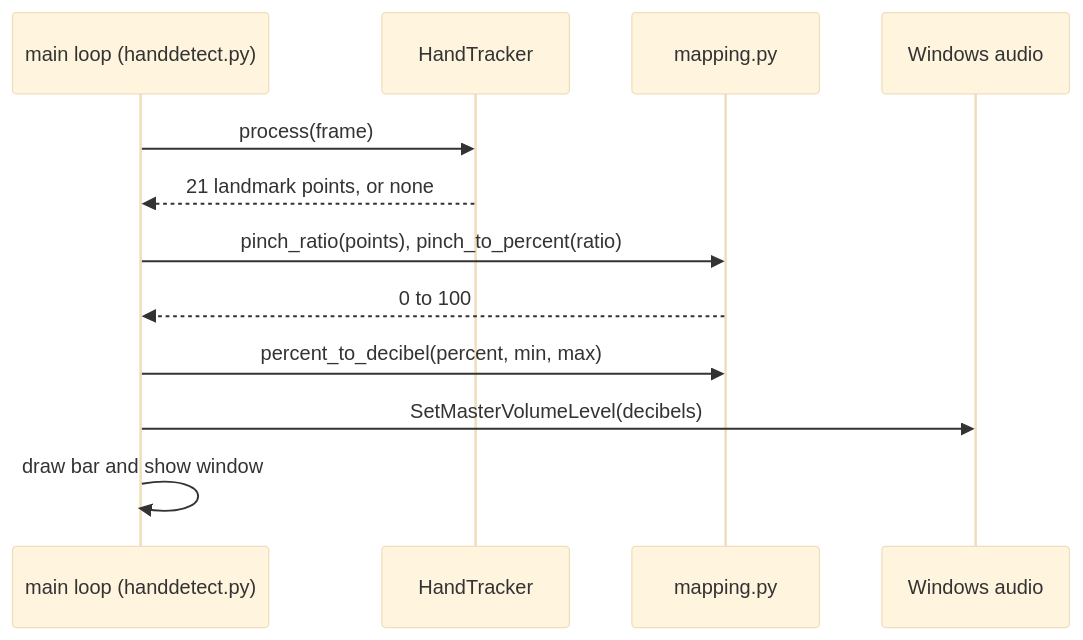
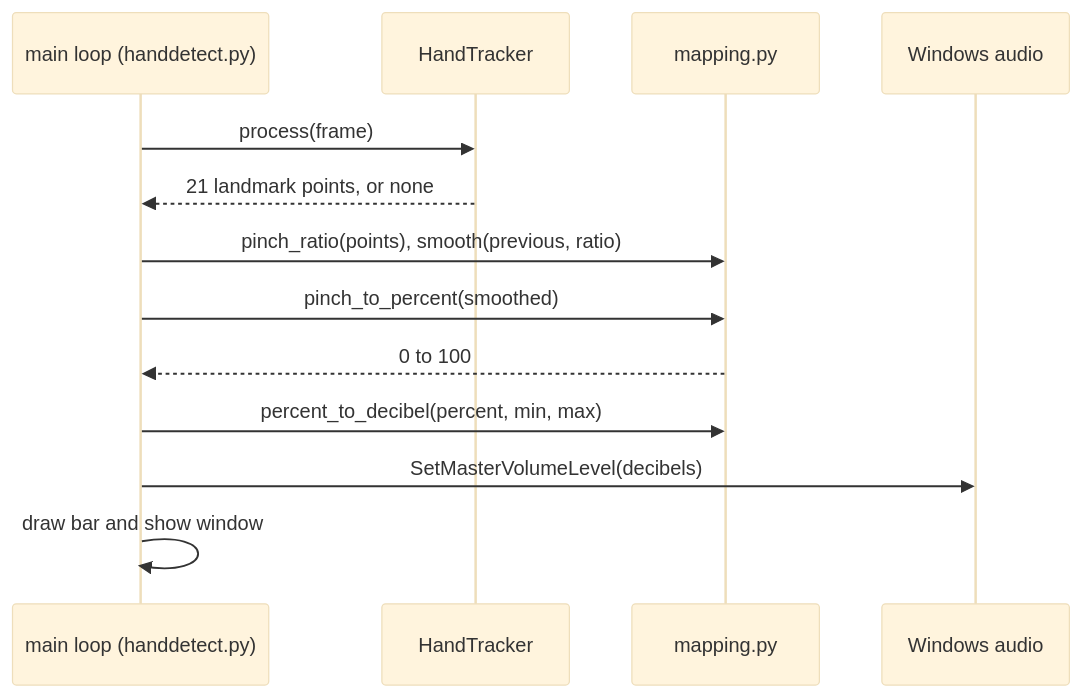
Before and after one commit to A-RYAN-1/hand-gesture-volume-control: the second of 2 diagrams in README.md, drawn with Mermaid (base theme). The commit also changed other lines of this file and 7 other files, not shown here.

Commit message:
Smooth the pinch signal with a moving average and measure the jitter (#2)

````diff
--- a/README.md
+++ b/README.md
@@ -103,14 +105,15 @@
 ```mermaid
 sequenceDiagram
     participant L as main loop (handdetect.py)
     participant T as HandTracker
     participant M as mapping.py
     participant A as Windows audio
     L->>T: process(frame)
     T-->>L: 21 landmark points, or none
-    L->>M: pinch_ratio(points), pinch_to_percent(ratio)
+    L->>M: pinch_ratio(points), smooth(previous, ratio)
+    L->>M: pinch_to_percent(smoothed)
     M-->>L: 0 to 100
     L->>M: percent_to_decibel(percent, min, max)
     L->>A: SetMasterVolumeLevel(decibels)
     L->>L: draw bar and show window
 ```
````
